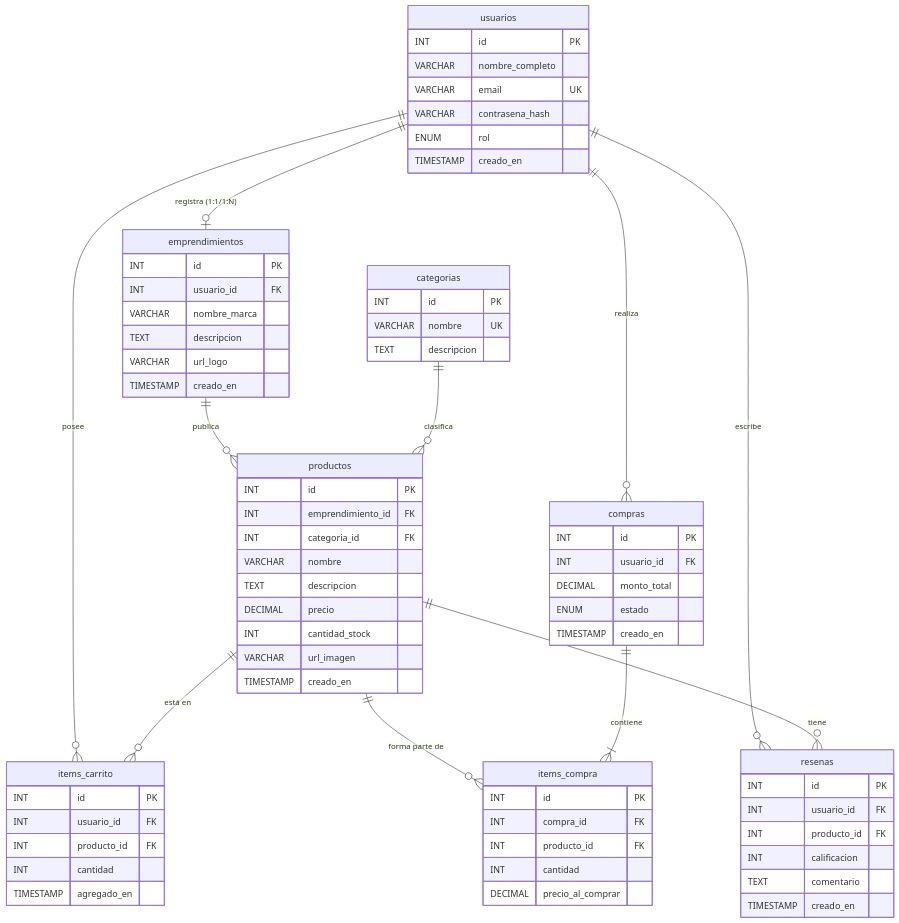
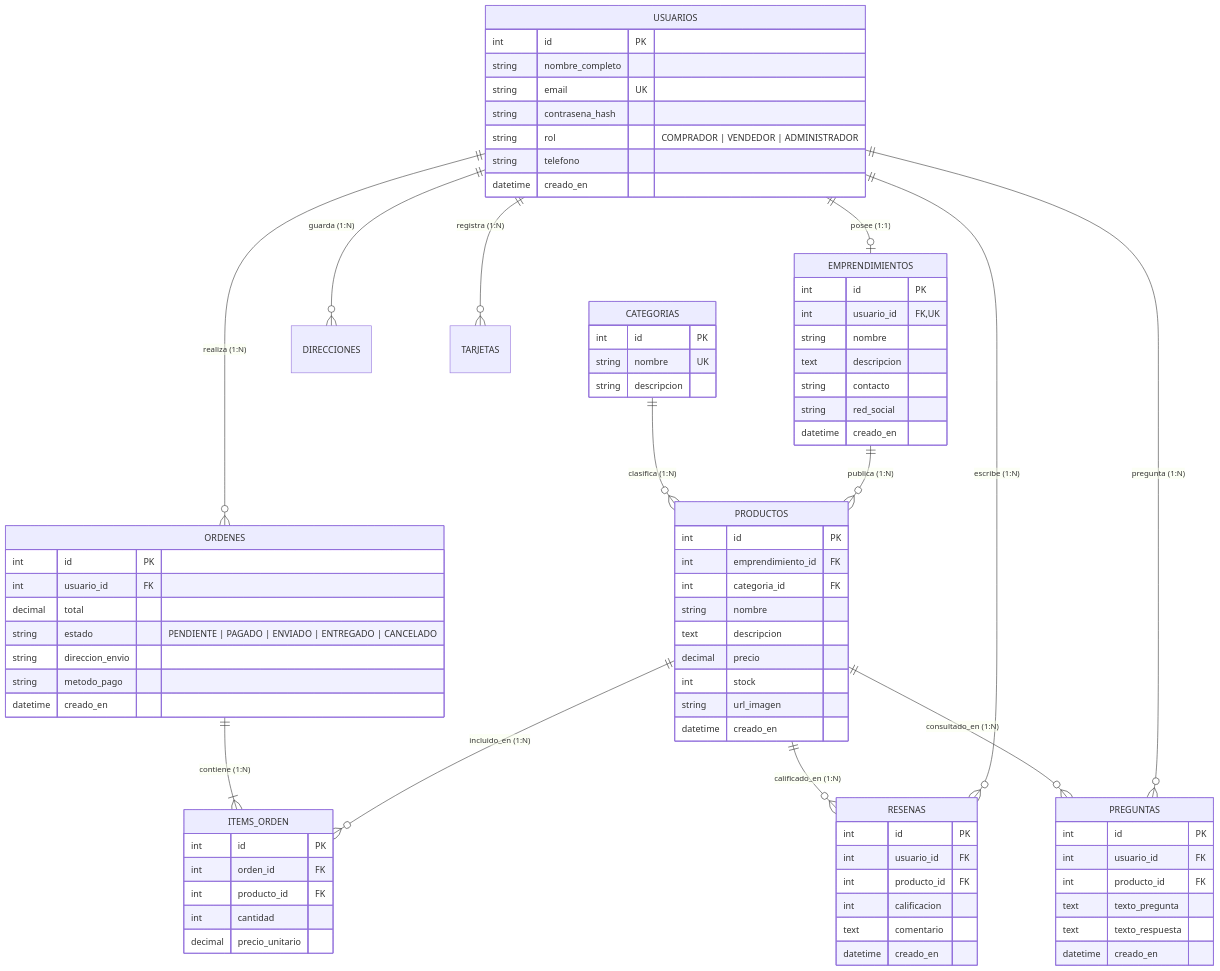
One commit to valerypena/proyectosena changed the third of 9 diagrams in docs/UML_DIAGRAMS.md. Above: the diagram before and after it, drawn with Mermaid. The commit also changed other lines of this file and 10 other files, not shown here.

````diff
--- a/docs/UML_DIAGRAMS.md
+++ b/docs/UML_DIAGRAMS.md
@@ -202,85 +202,92 @@
 ```mermaid
 erDiagram
-    usuarios ||--o| emprendimientos : "registra (1:1/1:N)"
-    usuarios ||--o{ items_carrito : "posee"
-    usuarios ||--o{ compras : "realiza"
-    usuarios ||--o{ resenas : "escribe"
+    USUARIOS ||--o| EMPRENDIMIENTOS : "posee (1:1)"
+    USUARIOS ||--o{ ORDENES : "realiza (1:N)"
+    USUARIOS ||--o{ RESENAS : "escribe (1:N)"
+    USUARIOS ||--o{ PREGUNTAS : "pregunta (1:N)"
+    USUARIOS ||--o{ DIRECCIONES : "guarda (1:N)"
+    USUARIOS ||--o{ TARJETAS : "registra (1:N)"
+    
+    EMPRENDIMIENTOS ||--o{ PRODUCTOS : "publica (1:N)"
+    CATEGORIAS ||--o{ PRODUCTOS : "clasifica (1:N)"
+    
+    PRODUCTOS ||--o{ ITEMS_ORDEN : "incluido_en (1:N)"
+    PRODUCTOS ||--o{ RESENAS : "calificado_en (1:N)"
+    PRODUCTOS ||--o{ PREGUNTAS : "consultado_en (1:N)"
+    
+    ORDENES ||--|{ ITEMS_ORDEN : "contiene (1:N)"
 
-    emprendimientos ||--o{ productos : "publica"
-    categorias ||--o{ productos : "clasifica"
-
-    productos ||--o{ items_carrito : "está en"
-    productos ||--o{ items_compra : "forma parte de"
-    productos ||--o{ resenas : "tiene"
-
-    compras ||--|{ items_compra : "contiene"
-
-    usuarios {
-        INT id PK
-        VARCHAR nombre_completo
-        VARCHAR email UK
-        VARCHAR contrasena_hash
-        ENUM rol
-        TIMESTAMP creado_en
+    USUARIOS {
+        int id PK
+        string nombre_completo
+        string email UK
+        string contrasena_hash
+        string rol "COMPRADOR | VENDEDOR | ADMINISTRADOR"
+        string telefono
+        datetime creado_en
     }
 
-    emprendimientos {
-        INT id PK
-        INT usuario_id FK
-        VARCHAR nombre_marca
-        TEXT descripcion
-        VARCHAR url_logo
-        TIMESTAMP creado_en
+    EMPRENDIMIENTOS {
+        int id PK
+        int usuario_id FK, UK
+        string nombre
+        text descripcion
+        string contacto
+        string red_social
+        datetime creado_en
     }
 
-    categorias {
-        INT id PK
-        VARCHAR nombre UK
-        TEXT descripcion
+    CATEGORIAS {
+        int id PK
+        string nombre UK
+        string descripcion
     }
 
-    productos {
-        INT id PK
-        INT emprendimiento_id FK
-        INT categoria_id FK
-        VARCHAR nombre
-        TEXT descripcion
-        DECIMAL precio
-        INT cantidad_stock
-        VARCHAR url_imagen
-        TIMESTAMP creado_en
+    PRODUCTOS {
+        int id PK
+        int emprendimiento_id FK
+        int categoria_id FK
+        string nombre
+        text descripcion
+        decimal precio
+        int stock
+        string url_imagen
+        datetime creado_en
     }
 
-    items_carrito {
-        INT id PK
-        INT usuario_id FK
-        INT producto_id FK
-        INT cantidad
-        TIMESTAMP agregado_en
+    ORDENES {
+        int id PK
+        int usuario_id FK
+        decimal total
+        string estado "PENDIENTE | PAGADO | ENVIADO | ENTREGADO | CANCELADO"
+        string direccion_envio
+        string metodo_pago
+        datetime creado_en
     }
 
-    compras {
-        INT id PK
-        INT usuario_id FK
-        DECIMAL monto_total
-        ENUM estado
-        TIMESTAMP creado_en
+    ITEMS_ORDEN {
+        int id PK
+        int orden_id FK
+        int producto_id FK
+        int cantidad
+        decimal precio_unitario
     }
 
-    items_compra {
-        INT id PK
-        INT compra_id FK
-        INT producto_id FK
-        INT cantidad
-        DECIMAL precio_al_comprar
+    RESENAS {
+        int id PK
+        int usuario_id FK
+        int producto_id FK
+        int calificacion
+        text comentario
+        datetime creado_en
     }
 
-    resenas {
-        INT id PK
-        INT usuario_id FK
-        INT producto_id FK
-        INT calificacion
-        TEXT comentario
-        TIMESTAMP creado_en
+    PREGUNTAS {
+        int id PK
+        int usuario_id FK
+        int producto_id FK
+        text texto_pregunta
+        text texto_respuesta
+        datetime creado_en
     }
 ```
````
